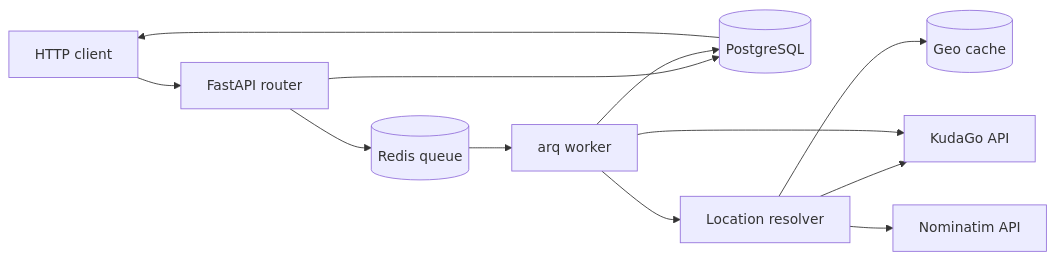
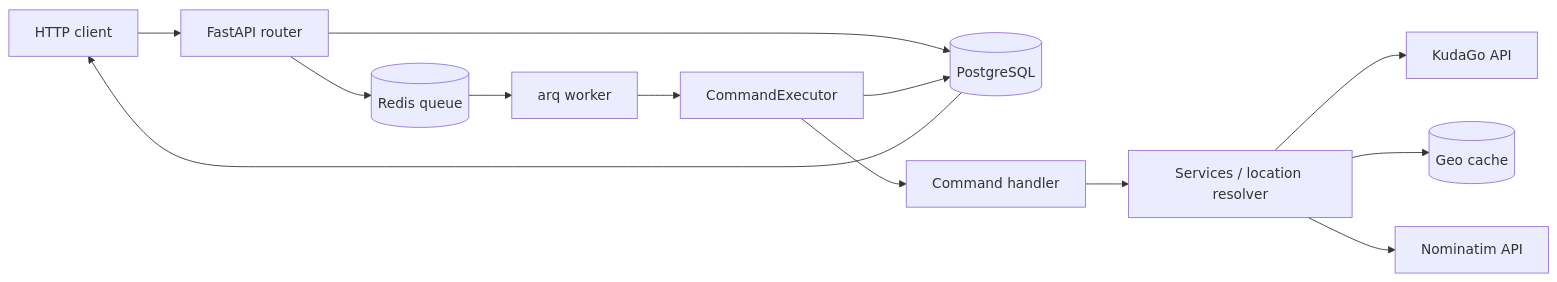
One commit to RawsTourix/kudago-nominatim-mcp-server changed the diagram in docs/architecture.md. Above: the diagram before and after it, drawn with Mermaid. The commit also changed other lines of this file and 1 other file, not shown here.

Commit message:
docs: update architecture for FastAPI and FastMCP transports

````diff
--- a/docs/architecture.md
+++ b/docs/architecture.md
@@ -38,14 +42,15 @@
 ```mermaid
 flowchart LR
     C[HTTP client] --> API[FastAPI router]
     API --> DB[(PostgreSQL)]
     API --> Q[(Redis queue)]
     Q --> W[arq worker]
-    W --> LR[Location resolver]
+    W --> CE[CommandExecutor]
+    CE --> H[Command handler]
+    H --> LR[Services / location resolver]
     LR --> KG[KudaGo API]
     LR --> GC[(Geo cache)]
     LR --> NM[Nominatim API]
-    W --> KG
-    W --> DB
+    CE --> DB
     DB --> C
 ```
````
